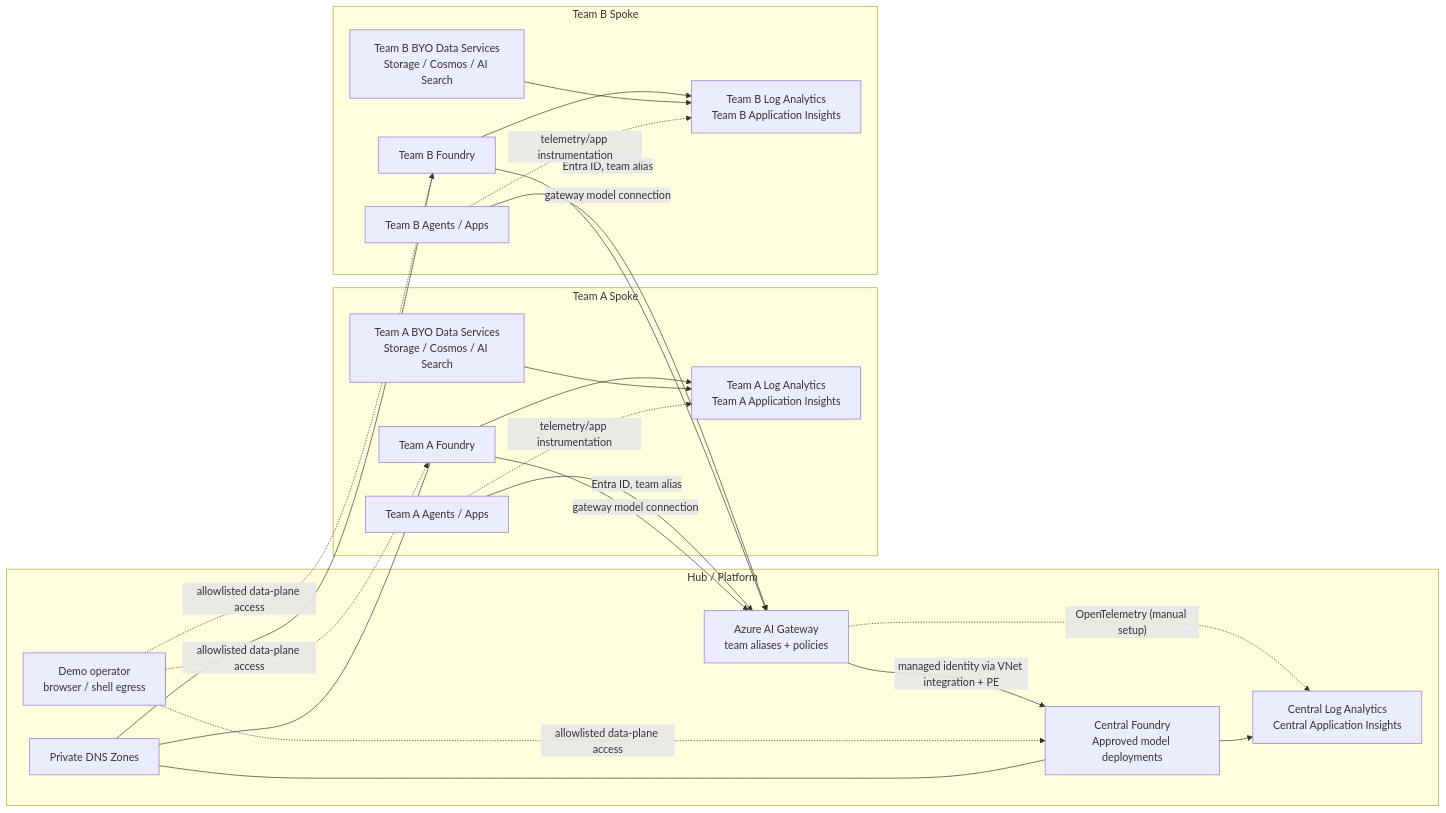
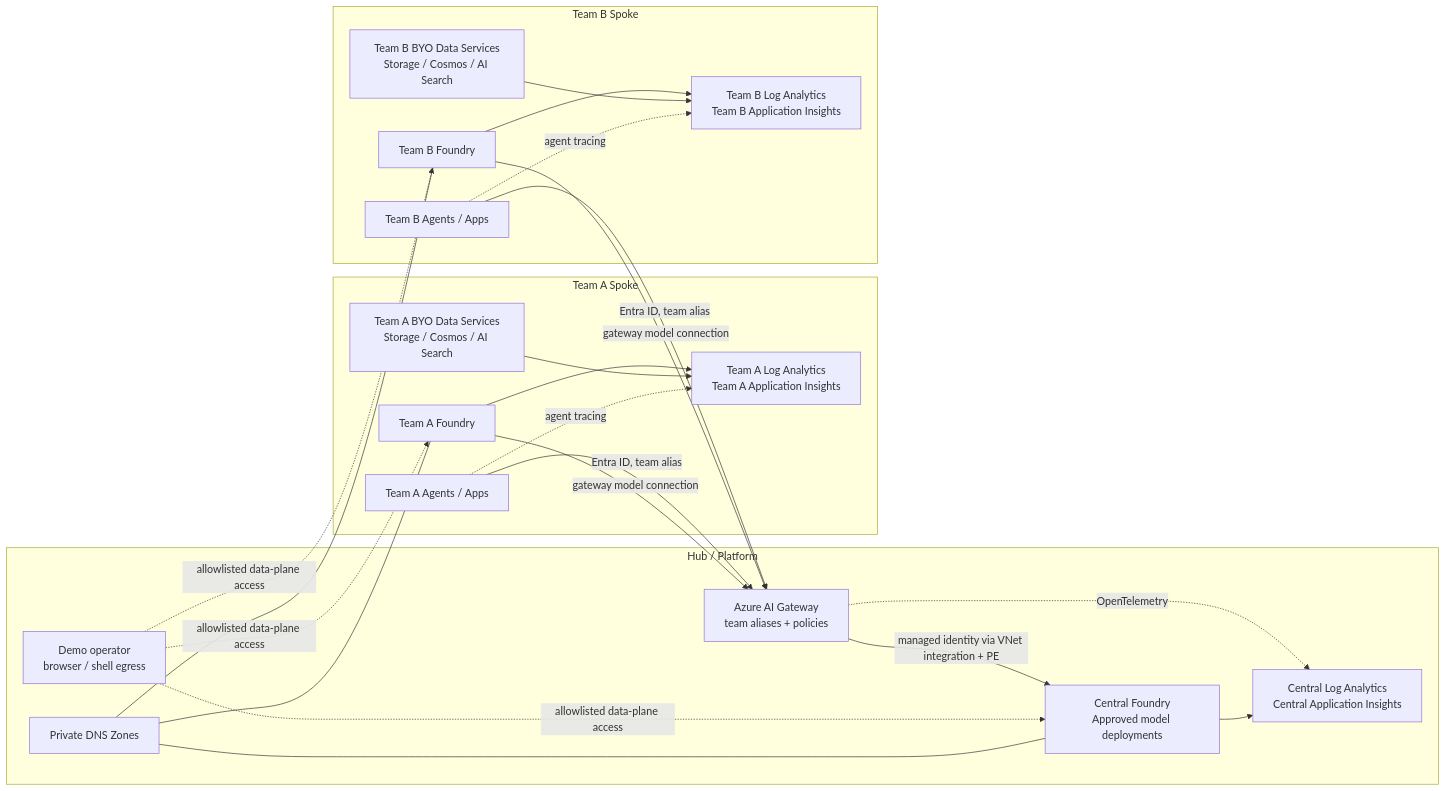
The diagram in docs/architecture.md (jochenvw/enterprise-foundry-sandbox), drawn with Mermaid before and after one commit. The commit also changed other lines of this file and 18 other files, not shown here.

````diff
--- a/docs/architecture.md
+++ b/docs/architecture.md
@@ -11,46 +11,46 @@
 ```mermaid
 flowchart LR
     subgraph HUB["Hub / Platform"]
         AIGW["Azure AI Gateway\nteam aliases + policies"]
         CF["Central Foundry\nApproved model deployments"]
         OP["Demo operator\nbrowser / shell egress"]
         LAW_C["Central Log Analytics\nCentral Application Insights"]
         DNS["Private DNS Zones"]
     end
 
     subgraph TEAM_A["Team A Spoke"]
         TAF["Team A Foundry"]
         TAA["Team A Agents / Apps"]
         TADS["Team A BYO Data Services\nStorage / Cosmos / AI Search"]
         LAW_A["Team A Log Analytics\nTeam A Application Insights"]
     end
 
     subgraph TEAM_B["Team B Spoke"]
         TBF["Team B Foundry"]
         TBA["Team B Agents / Apps"]
         TBDS["Team B BYO Data Services\nStorage / Cosmos / AI Search"]
         LAW_B["Team B Log Analytics\nTeam B Application Insights"]
     end
 
     TAA -->|Entra ID, team alias| AIGW
     TBA -->|Entra ID, team alias| AIGW
     TAF -->|gateway model connection| AIGW
     TBF -->|gateway model connection| AIGW
     AIGW -->|managed identity via VNet integration + PE| CF
 
-    AIGW -. OpenTelemetry (manual setup) .-> LAW_C
+    AIGW -. OpenTelemetry .-> LAW_C
     CF --> LAW_C
     TAF --> LAW_A
     TADS --> LAW_A
     TBF --> LAW_B
     TBDS --> LAW_B
     OP -. allowlisted data-plane access .-> CF
     OP -. allowlisted data-plane access .-> TAF
     OP -. allowlisted data-plane access .-> TBF
-    TAA -. telemetry/app instrumentation .-> LAW_A
-    TBA -. telemetry/app instrumentation .-> LAW_B
+    TAA -. agent tracing .-> LAW_A
+    TBA -. agent tracing .-> LAW_B
 
     DNS --- CF
     DNS --- TAF
     DNS --- TBF
 ```
````
